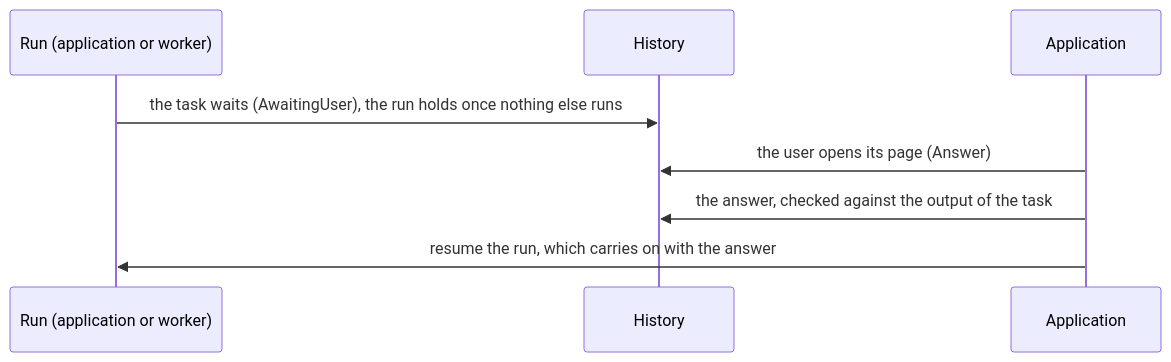
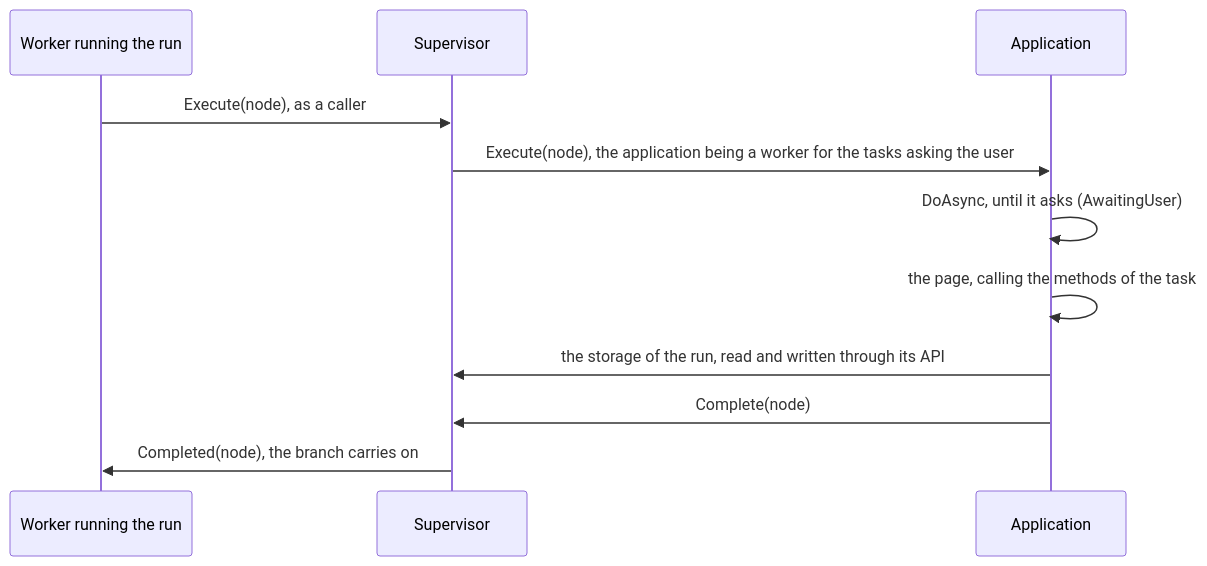
The fourth of 5 diagrams in architecture.md (ndegheselle/Fantoche-automation), drawn with Mermaid before and after one commit. The commit also changed other lines of this file and 67 other files, not shown here.

````diff
--- a/architecture.md
+++ b/architecture.md
@@ -139,10 +141,13 @@
 ```mermaid
 sequenceDiagram
-    participant Run as Run (application or worker)
-    participant History
+    participant Worker as Worker running the run
+    participant Supervisor
     participant App as Application
-    Run->>History: the task waits (AwaitingUser), the run holds once nothing else runs
-    App->>History: the user opens its page (Answer)
-    App->>History: the answer, checked against the output of the task
-    App->>Run: resume the run, which carries on with the answer
+    Worker->>Supervisor: Execute(node), as a caller
+    Supervisor->>App: Execute(node), the application being a worker for the tasks asking the user
+    App->>App: DoAsync, until it asks (AwaitingUser)
+    App->>App: the page, calling the methods of the task
+    App->>Supervisor: the storage of the run, read and written through its API
+    App->>Supervisor: Complete(node)
+    Supervisor->>Worker: Completed(node), the branch carries on
 ```
````
